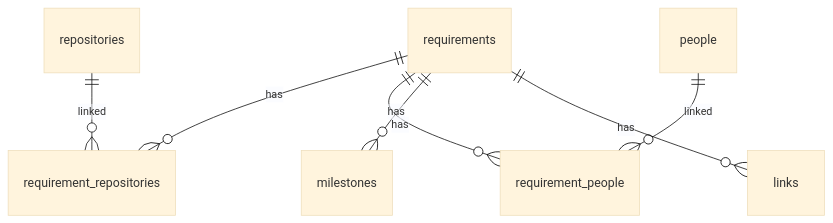
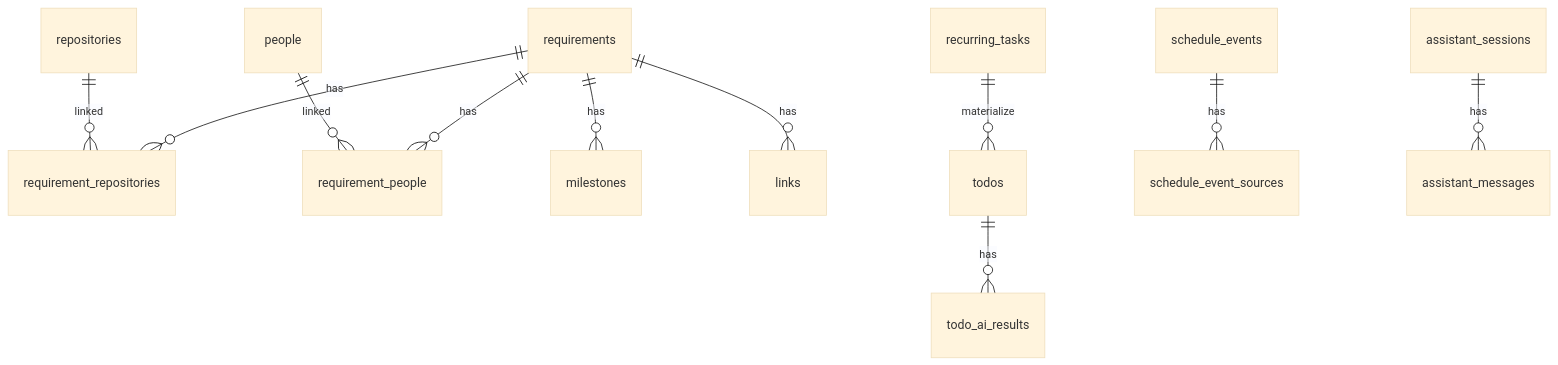
Before and after one commit to Neo-share/personal-work-dashboard: the second of 2 diagrams in server/ARCHITECTURE.md, drawn with Mermaid (base theme). The commit also changed other lines of this file and 102 other files, not shown here.

````diff
--- a/server/ARCHITECTURE.md
+++ b/server/ARCHITECTURE.md
@@ -110,9 +112,13 @@
 ```mermaid
 erDiagram
   requirements ||--o{ requirement_repositories : has
   repositories ||--o{ requirement_repositories : linked
   requirements ||--o{ requirement_people : has
   people ||--o{ requirement_people : linked
   requirements ||--o{ milestones : has
   requirements ||--o{ links : has
+  recurring_tasks ||--o{ todos : materialize
+  todos ||--o{ todo_ai_results : has
+  schedule_events ||--o{ schedule_event_sources : has
+  assistant_sessions ||--o{ assistant_messages : has
 ```
````
